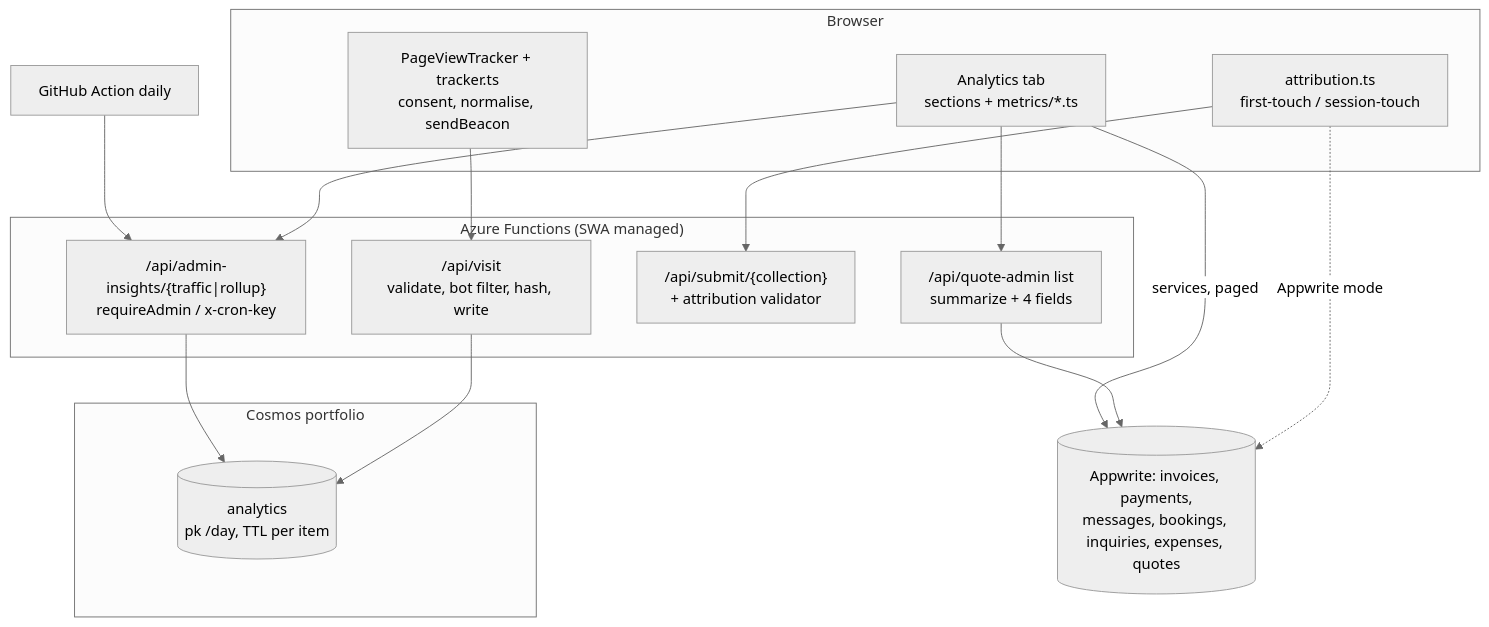
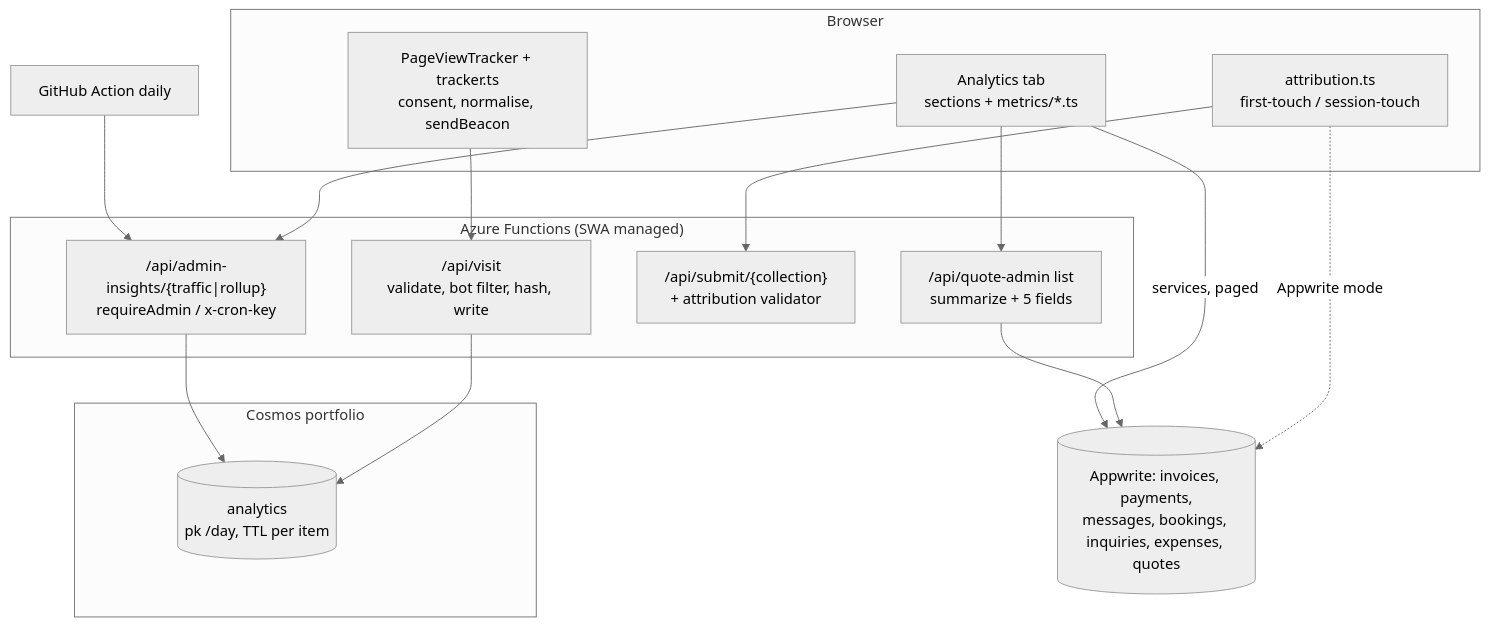
Before and after one commit to illonaaddae/Oceaniccoder-portfolio-v2: the third of 7 diagrams in docs/plans/2026-10-12-admin-analytics-design.md, drawn with Mermaid (neutral theme). The commit also changed other lines of this file, not shown here.

````diff
--- a/docs/plans/2026-10-12-admin-analytics-design.md
+++ b/docs/plans/2026-10-12-admin-analytics-design.md
@@ -177,25 +177,25 @@
 ```mermaid
 flowchart TB
   subgraph Browser
     T[PageViewTracker + tracker.ts<br/>consent, normalise, sendBeacon]
     AT[attribution.ts<br/>first-touch / session-touch]
     UI[Analytics tab<br/>sections + metrics/*.ts]
   end
   subgraph "Azure Functions (SWA managed)"
     V["/api/visit<br/>validate, bot filter, hash, write"]
     I["/api/admin-insights/{traffic|rollup}<br/>requireAdmin / x-cron-key"]
     S["/api/submit/{collection}<br/>+ attribution validator"]
-    Q["/api/quote-admin list<br/>summarize + 4 fields"]
+    Q["/api/quote-admin list<br/>summarize + 5 fields"]
   end
   subgraph "Cosmos portfolio"
     AN[(analytics<br/>pk /day, TTL per item)]
   end
   AW[(Appwrite: invoices, payments,<br/>messages, bookings, inquiries, expenses, quotes)]
   T --> V --> AN
   AT --> S
   AT -. Appwrite mode .-> AW
   UI --> I --> AN
   UI --> Q --> AW
   UI -- "services, paged" --> AW
   GH[GitHub Action daily] --> I
 ```
````
